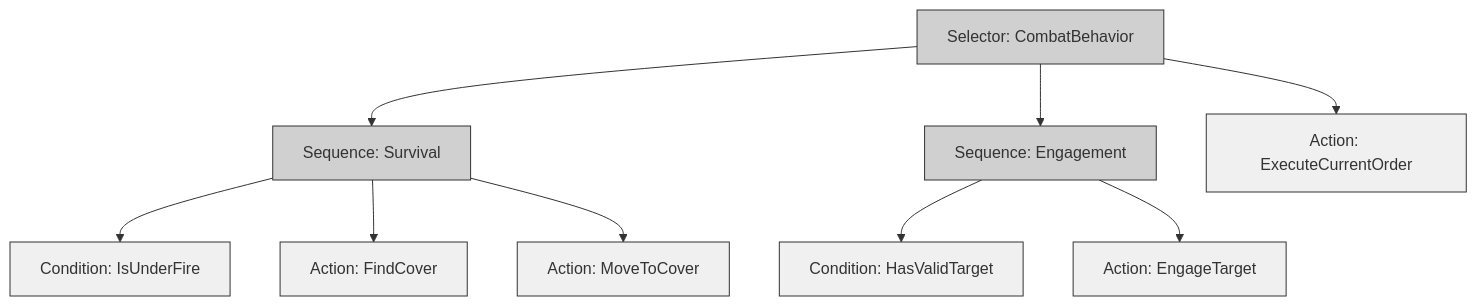
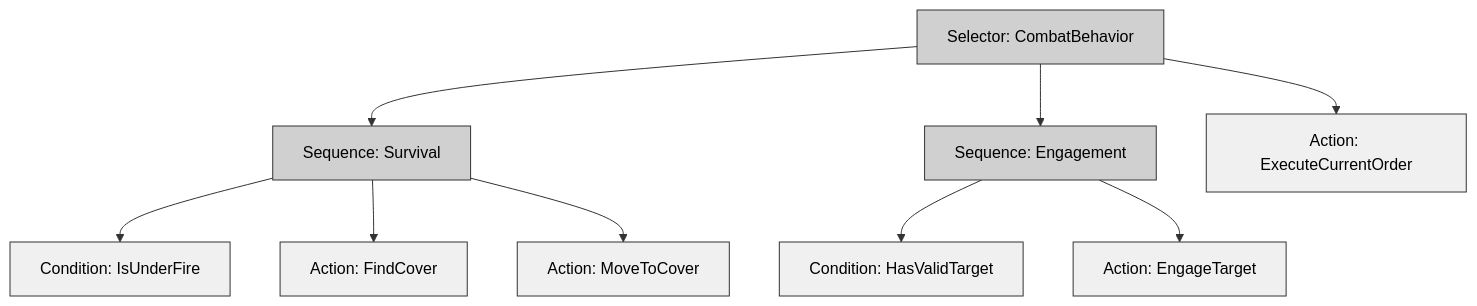
One commit to jukofyork/close-combat-architecture-study changed the diagram in chapter_12_implementation_guide.md. Above: the diagram before and after it, drawn with Mermaid. The commit also changed 15 other files, not shown here.

````diff
--- a/chapter_12_implementation_guide.md
+++ b/chapter_12_implementation_guide.md
@@ -224,20 +224,20 @@
 ```mermaid
 flowchart TD
-    classDef default fill:#fff,stroke:#000,stroke-width:1px
-    classDef light fill:#f0f0f0,stroke:#333,stroke-width:1px
-    classDef medium fill:#d0d0d0,stroke:#333,stroke-width:1px
+    classDef default fill:#fff,stroke:#000,stroke-width:1px,color:#000
+    classDef light fill:#f0f0f0,stroke:#333,stroke-width:1px,color:#000
+    classDef medium fill:#d0d0d0,stroke:#333,stroke-width:1px,color:#000
 
     Root[Selector: CombatBehavior] --> Survival[Sequence: Survival]
     Root --> Engagement[Sequence: Engagement]
     Root --> ExecuteOrder[Action: ExecuteCurrentOrder]
 
     Survival --> UnderFire[Condition: IsUnderFire]
     Survival --> FindCover[Action: FindCover]
     Survival --> MoveToCover[Action: MoveToCover]
 
     Engagement --> HasTarget[Condition: HasValidTarget]
     Engagement --> Engage[Action: EngageTarget]
 
     class Root,Survival,Engagement medium
     class UnderFire,FindCover,MoveToCover,HasTarget,Engage,ExecuteOrder light
 ```
````
